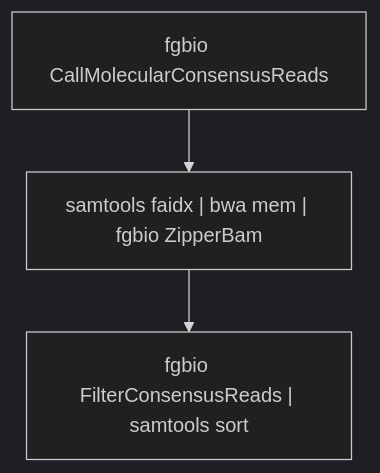
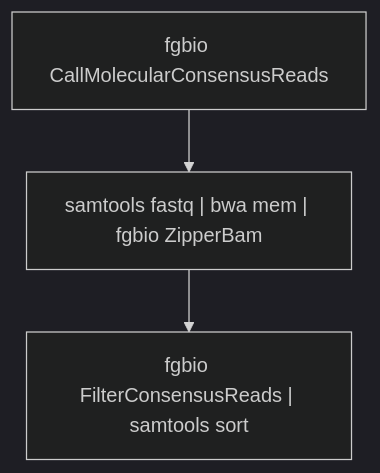
The second of 3 diagrams in docs/best-practice-consensus-pipeline.md (fulcrumgenomics/fgbio), drawn with Mermaid (dark theme) before and after one commit. The commit also changed other lines of this file, not shown here.

````diff
--- a/docs/best-practice-consensus-pipeline.md
+++ b/docs/best-practice-consensus-pipeline.md
@@ -114,5 +116,5 @@
 ```mermaid
 graph TD;
-A["fgbio CallMolecularConsensusReads"]-->B["samtools faidx | bwa mem | fgbio ZipperBam"];
+A["fgbio CallMolecularConsensusReads"]-->B["samtools fastq | bwa mem | fgbio ZipperBam"];
 B-->C["fgbio FilterConsensusReads | samtools sort"];
 ```
````
